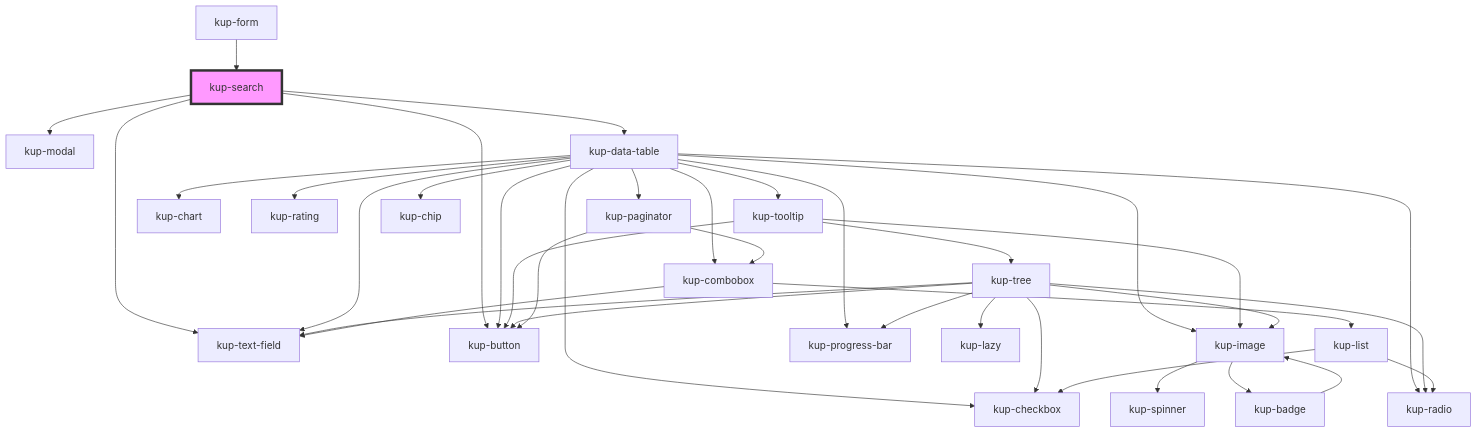
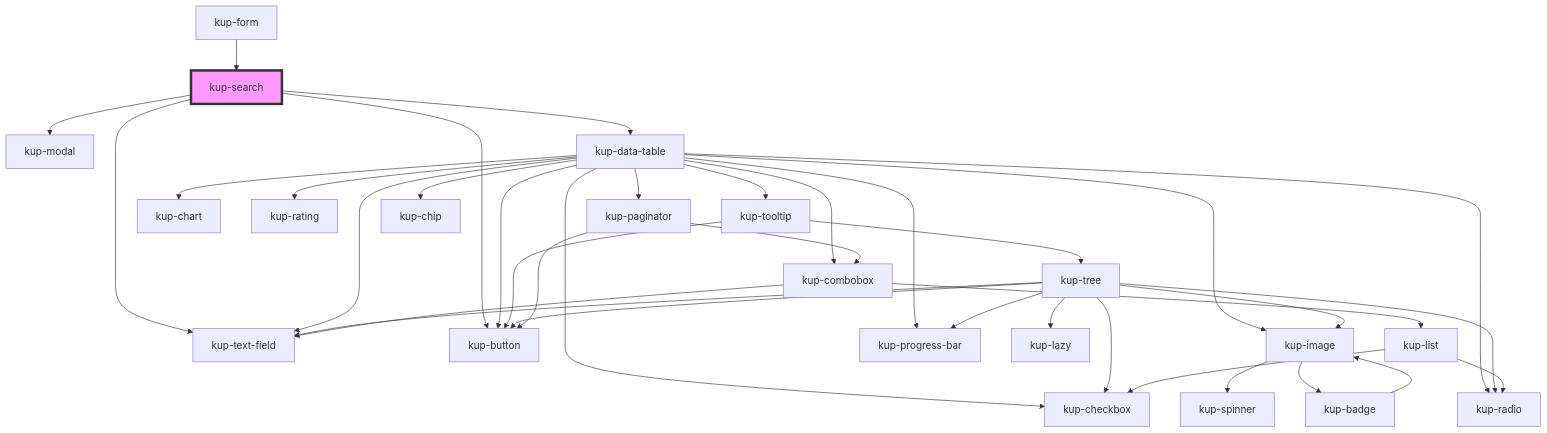
Before and after one commit to smeup/ketchup: the diagram in packages/ketchup/src/components/kup-search/readme.md, drawn with Mermaid. The commit also changed 8 other files, not shown here.

Commit message:
Replaced kup-image in tooltip with img tag.

````diff
--- a/packages/ketchup/src/components/kup-search/readme.md
+++ b/packages/ketchup/src/components/kup-search/readme.md
@@ -43,40 +43,39 @@
 ```mermaid
 graph TD;
   kup-search --> kup-text-field
   kup-search --> kup-button
   kup-search --> kup-modal
   kup-search --> kup-data-table
   kup-data-table --> kup-checkbox
   kup-data-table --> kup-button
   kup-data-table --> kup-text-field
   kup-data-table --> kup-tooltip
   kup-data-table --> kup-image
   kup-data-table --> kup-chart
   kup-data-table --> kup-progress-bar
   kup-data-table --> kup-rating
   kup-data-table --> kup-radio
   kup-data-table --> kup-paginator
   kup-data-table --> kup-combobox
   kup-data-table --> kup-chip
   kup-tooltip --> kup-button
-  kup-tooltip --> kup-image
   kup-tooltip --> kup-tree
-  kup-image --> kup-spinner
-  kup-image --> kup-badge
-  kup-badge --> kup-image
   kup-tree --> kup-lazy
   kup-tree --> kup-button
   kup-tree --> kup-checkbox
   kup-tree --> kup-image
   kup-tree --> kup-progress-bar
   kup-tree --> kup-radio
   kup-tree --> kup-text-field
+  kup-image --> kup-spinner
+  kup-image --> kup-badge
+  kup-badge --> kup-image
   kup-paginator --> kup-button
   kup-paginator --> kup-combobox
   kup-combobox --> kup-text-field
   kup-combobox --> kup-list
   kup-list --> kup-radio
   kup-list --> kup-checkbox
   kup-form --> kup-search
   style kup-search fill:#f9f,stroke:#333,stroke-width:4px
 ```
````
